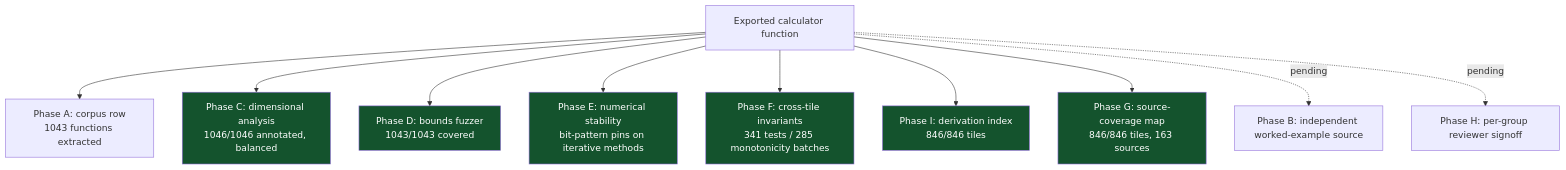
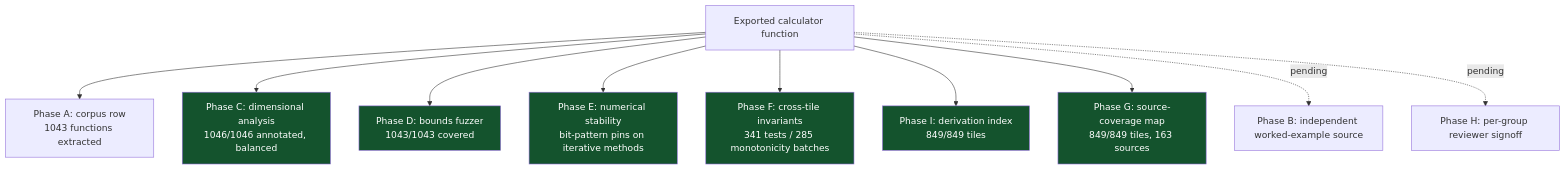
Before and after one commit to clay-good/roughlogic.com: the sixth of 8 diagrams in README.md, drawn with Mermaid. The commit also changed other lines of this file and 19 other files, not shown here.

````diff
--- a/README.md
+++ b/README.md
@@ -519,18 +519,18 @@
 ```mermaid
 flowchart TB
     F[Exported calculator function] --> A[Phase A: corpus row\n1043 functions extracted]
     F --> C[Phase C: dimensional analysis\n1046/1046 annotated, balanced]
     F --> D[Phase D: bounds fuzzer\n1043/1043 covered]
     F --> E[Phase E: numerical stability\nbit-pattern pins on iterative methods]
     F --> Fa[Phase F: cross-tile invariants\n341 tests / 285 monotonicity batches]
-    F --> I[Phase I: derivation index\n846/846 tiles]
-    F --> G[Phase G: source-coverage map\n846/846 tiles, 163 sources]
+    F --> I[Phase I: derivation index\n849/849 tiles]
+    F --> G[Phase G: source-coverage map\n849/849 tiles, 163 sources]
     F -.pending.-> B[Phase B: independent worked-example source]
     F -.pending.-> H[Phase H: per-group reviewer signoff]
     style C fill:#14532d,color:#fff
     style D fill:#14532d,color:#fff
     style E fill:#14532d,color:#fff
     style Fa fill:#14532d,color:#fff
     style G fill:#14532d,color:#fff
     style I fill:#14532d,color:#fff
 ```
````
